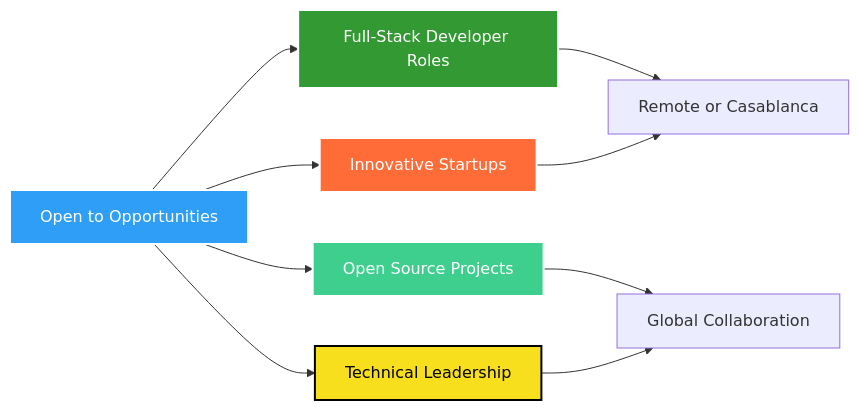
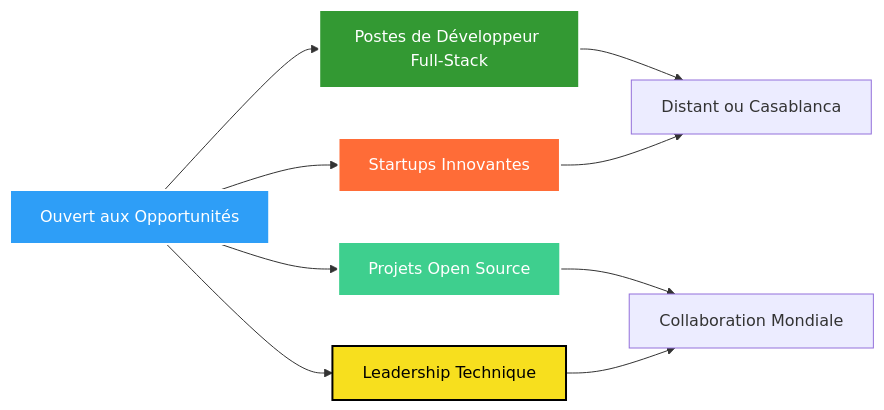
Before and after one commit to ABDE777/ABDE777: the second of 2 diagrams in README.md, drawn with Mermaid. The commit also changed other lines of this file, not shown here.

````diff
--- a/README.md
+++ b/README.md
@@ -347,18 +347,18 @@
 ```mermaid
 graph LR
-    A[Open to Opportunities] --> B[Full-Stack Developer Roles]
-    A --> C[Innovative Startups]
-    A --> D[Open Source Projects]
-    A --> E[Technical Leadership]
+    A[Ouvert aux Opportunités] --> B[Postes de Développeur Full-Stack]
+    A --> C[Startups Innovantes]
+    A --> D[Projets Open Source]
+    A --> E[Leadership Technique]
     
-    B --> F[Remote or Casablanca]
+    B --> F[Distant ou Casablanca]
     C --> F
-    D --> G[Global Collaboration]
+    D --> G[Collaboration Mondiale]
     E --> G
     
     style A fill:#2e9ef7,stroke:#fff,stroke-width:2px,color:#fff
     style B fill:#339933,stroke:#fff,stroke-width:2px,color:#fff
     style C fill:#ff6c37,stroke:#fff,stroke-width:2px,color:#fff
     style D fill:#3ecf8e,stroke:#fff,stroke-width:2px,color:#fff
     style E fill:#f7df1e,stroke:#000,stroke-width:2px,color:#000
 ```
````
